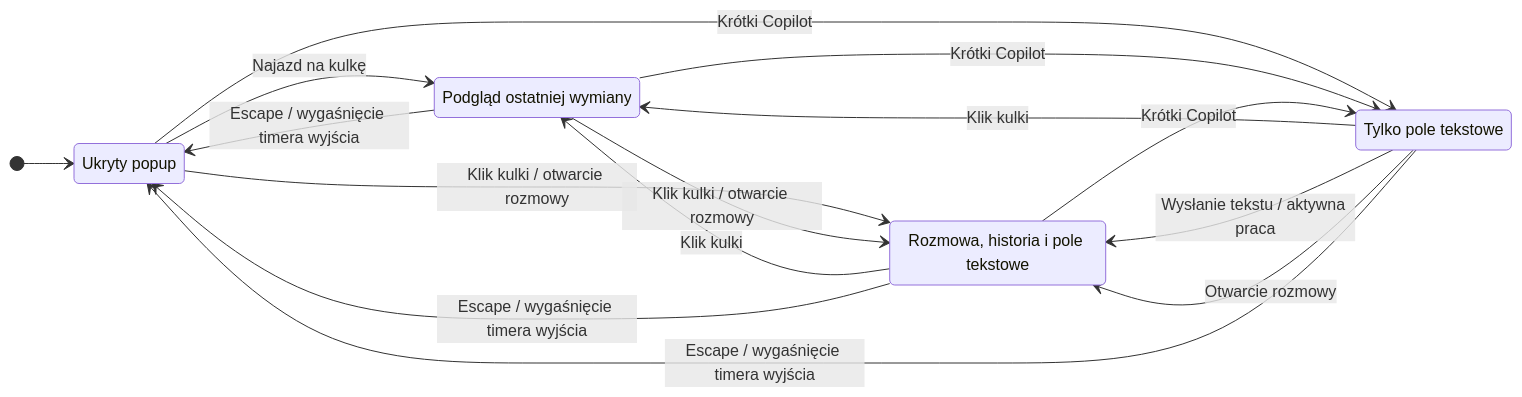
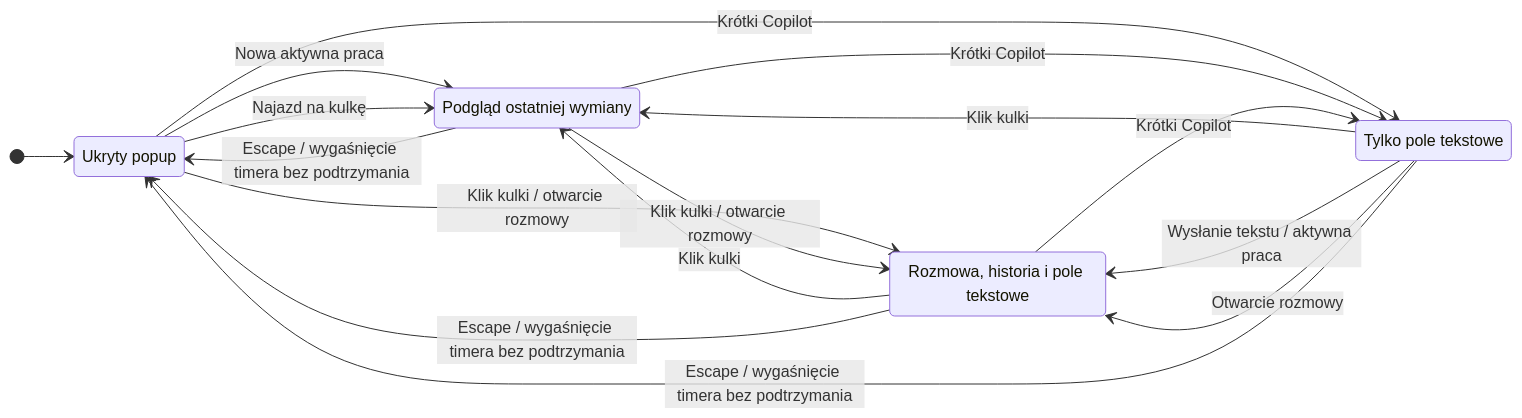
Before and after one commit to maciekmp/voice-line: the third of 3 diagrams in VERIFICATION-FLOWS.md, drawn with Mermaid. The commit also changed other lines of this file, not shown here.

Commit message:
docs: update verification flows to match current behavior

````diff
--- a/VERIFICATION-FLOWS.md
+++ b/VERIFICATION-FLOWS.md
@@ -93,23 +118,24 @@
 ```mermaid
 stateDiagram-v2
     direction LR
     state "Ukryty popup" as hidden
     state "Podgląd ostatniej wymiany" as peek
     state "Rozmowa, historia i pole tekstowe" as chat
     state "Tylko pole tekstowe" as compose
 
     [*] --> hidden
+    hidden --> peek: Nowa aktywna praca
     hidden --> peek: Najazd na kulkę
     hidden --> chat: Klik kulki / otwarcie rozmowy
     hidden --> compose: Krótki Copilot
     peek --> chat: Klik kulki / otwarcie rozmowy
     peek --> compose: Krótki Copilot
     chat --> peek: Klik kulki
     chat --> compose: Krótki Copilot
     compose --> peek: Klik kulki
     compose --> chat: Wysłanie tekstu / aktywna praca
     compose --> chat: Otwarcie rozmowy
-    peek --> hidden: Escape / wygaśnięcie timera wyjścia
-    chat --> hidden: Escape / wygaśnięcie timera wyjścia
-    compose --> hidden: Escape / wygaśnięcie timera wyjścia
+    peek --> hidden: Escape / wygaśnięcie timera bez podtrzymania
+    chat --> hidden: Escape / wygaśnięcie timera bez podtrzymania
+    compose --> hidden: Escape / wygaśnięcie timera bez podtrzymania
 ```
````
